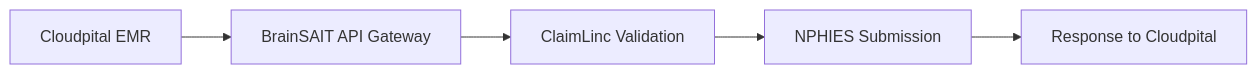
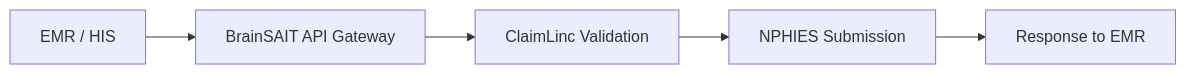
Before and after one commit to Fadil369/brainsait-docs: the third of 3 diagrams in docs/healthcare/claims/automation_pipeline.md, drawn with Mermaid. The commit also changed other lines of this file and 30 other files, not shown here.

First line of the commit message:
Replace Cloudpital with BrainSAIT Platform ecosystem + shadcn-inspired design overhaul (#14)

````diff
--- a/docs/healthcare/claims/automation_pipeline.md
+++ b/docs/healthcare/claims/automation_pipeline.md
@@ -252,7 +252,7 @@
 ```mermaid
 graph LR
-    A[Cloudpital EMR] --> B[BrainSAIT API Gateway]
+    A[EMR / HIS] --> B[BrainSAIT API Gateway]
     B --> C[ClaimLinc Validation]
     C --> D[NPHIES Submission]
-    D --> E[Response to Cloudpital]
+    D --> E[Response to EMR]
 ```
````
